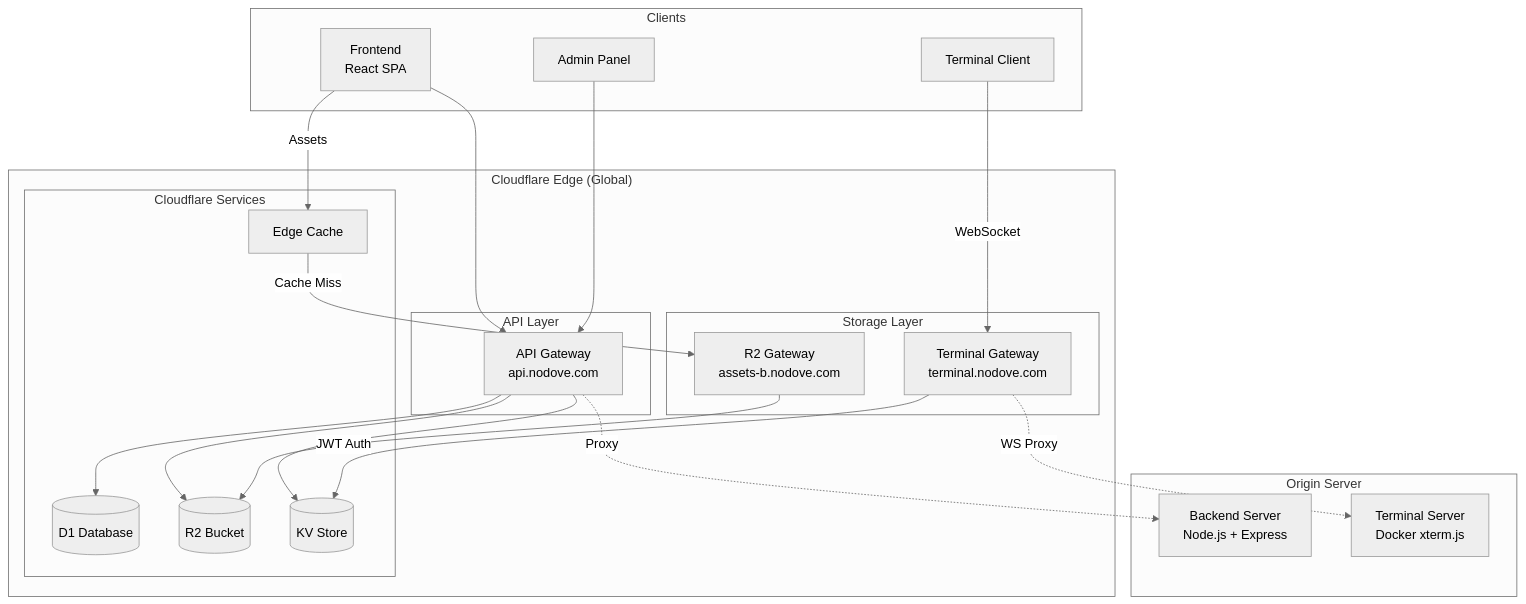
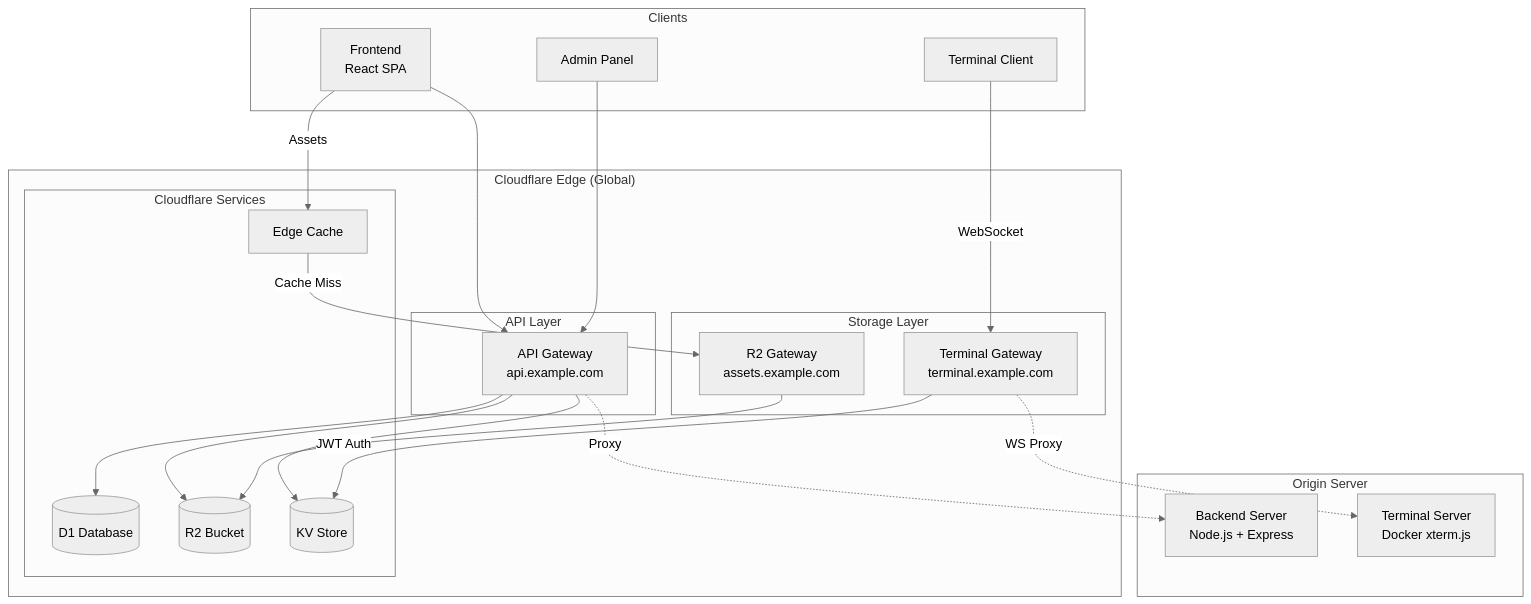
The first of 3 diagrams in workers/README.md (choisimo/blog), drawn with Mermaid (neutral theme) before and after one commit. The commit also changed other lines of this file and 11 other files, not shown here.

````diff
--- a/workers/README.md
+++ b/workers/README.md
@@ -30,46 +32,46 @@
 ```mermaid
 flowchart TB
     subgraph Clients
         FE[Frontend<br/>React SPA]
         ADMIN[Admin Panel]
         TERM_CLIENT[Terminal Client]
     end
 
     subgraph "Cloudflare Edge (Global)"
         subgraph "API Layer"
-            API_GW[API Gateway<br/>api.nodove.com]
+            API_GW[API Gateway<br/>api.example.com]
         end
         
         subgraph "Storage Layer"
-            R2_GW[R2 Gateway<br/>assets-b.nodove.com]
-            TERM_GW[Terminal Gateway<br/>terminal.nodove.com]
+            R2_GW[R2 Gateway<br/>assets.example.com]
+            TERM_GW[Terminal Gateway<br/>terminal.example.com]
         end
         
         subgraph "Cloudflare Services"
             D1[(D1 Database)]
             R2[(R2 Bucket)]
             KV[(KV Store)]
             CACHE[Edge Cache]
         end
     end
 
     subgraph "Origin Server"
         BE[Backend Server<br/>Node.js + Express]
         TERM_SRV[Terminal Server<br/>Docker xterm.js]
     end
 
     FE --> API_GW
     ADMIN --> API_GW
     API_GW --> D1
     API_GW --> R2
     API_GW --> KV
     API_GW -.->|Proxy| BE
 
     FE -->|Assets| CACHE
     CACHE -->|Cache Miss| R2_GW
     R2_GW --> R2
 
     TERM_CLIENT -->|WebSocket| TERM_GW
     TERM_GW -->|JWT Auth| KV
     TERM_GW -.->|WS Proxy| TERM_SRV
 ```
````
